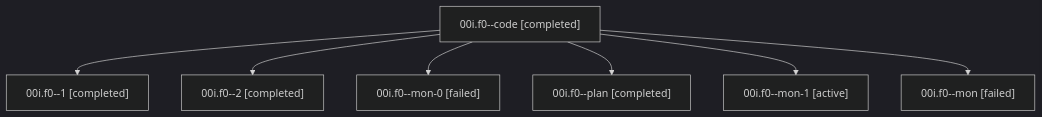
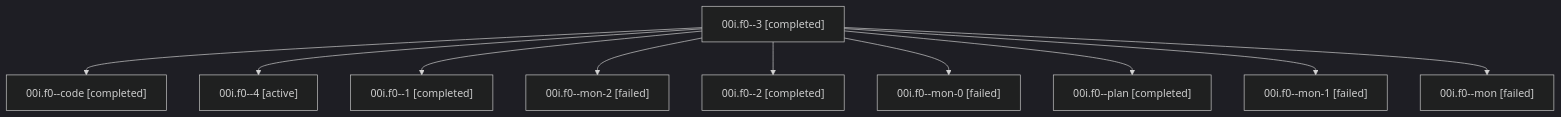
One commit to sase-org/sase--agents changed the diagram in families/bbugyi200.athena.00i.f0.md. Above: the diagram before and after it, drawn with Mermaid (dark theme). The commit also changed other lines of this file and 31 other files, not shown here.

````diff
--- a/families/bbugyi200.athena.00i.f0.md
+++ b/families/bbugyi200.athena.00i.f0.md
@@ -9,16 +9,22 @@
 ```mermaid
 flowchart TD
-  n0["00i.f0--code [completed]"]
-  n1["00i.f0--1 [completed]"]
+  n0["00i.f0--3 [completed]"]
+  n1["00i.f0--code [completed]"]
   n0 --> n1
-  n2["00i.f0--2 [completed]"]
+  n2["00i.f0--4 [active]"]
   n0 --> n2
-  n3["00i.f0--mon-0 [failed]"]
+  n3["00i.f0--1 [completed]"]
   n0 --> n3
-  n4["00i.f0--plan [completed]"]
+  n4["00i.f0--mon-2 [failed]"]
   n0 --> n4
-  n5["00i.f0--mon-1 [active]"]
+  n5["00i.f0--2 [completed]"]
   n0 --> n5
-  n6["00i.f0--mon [failed]"]
+  n6["00i.f0--mon-0 [failed]"]
   n0 --> n6
+  n7["00i.f0--plan [completed]"]
+  n0 --> n7
+  n8["00i.f0--mon-1 [failed]"]
+  n0 --> n8
+  n9["00i.f0--mon [failed]"]
+  n0 --> n9
 ```
````
